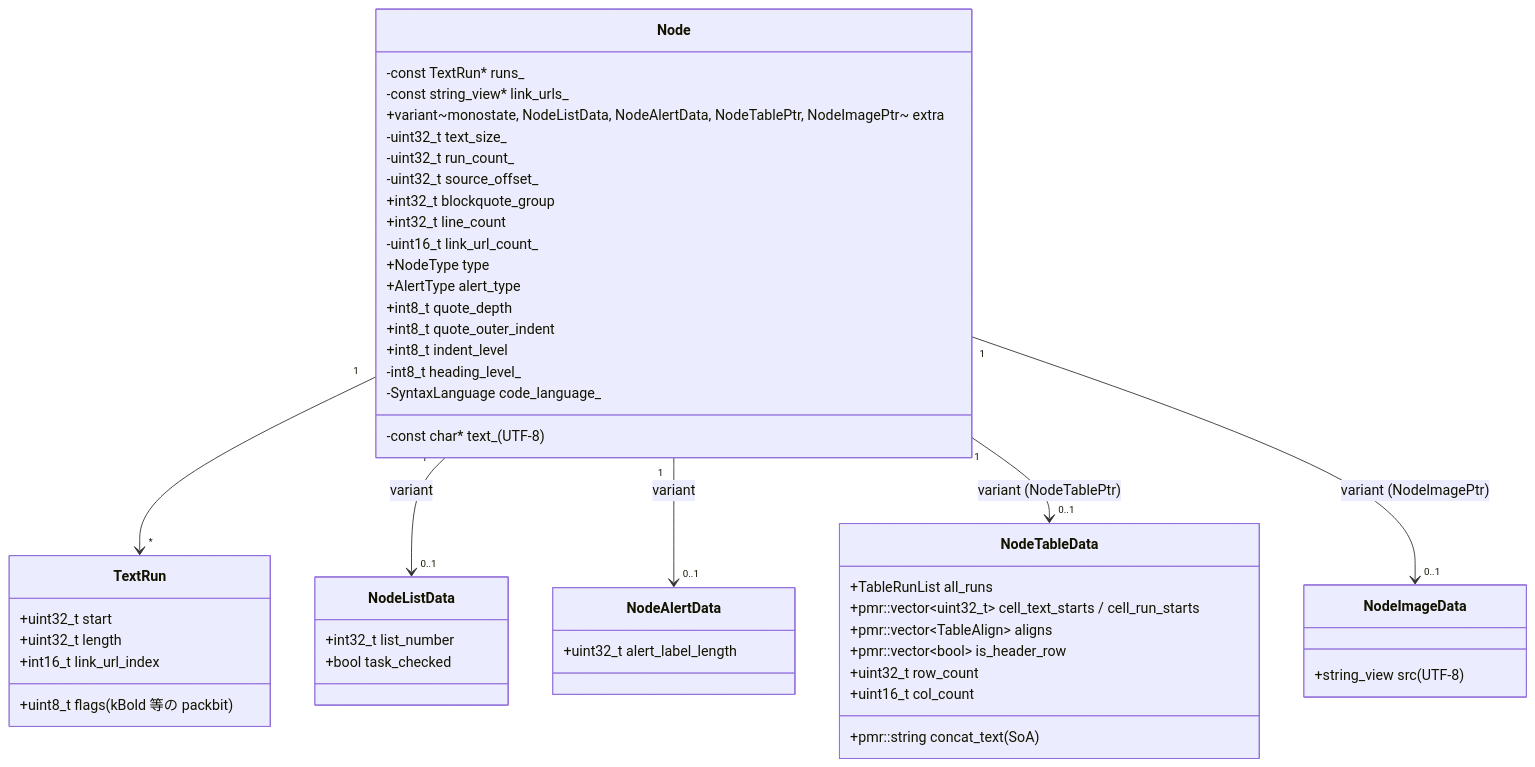
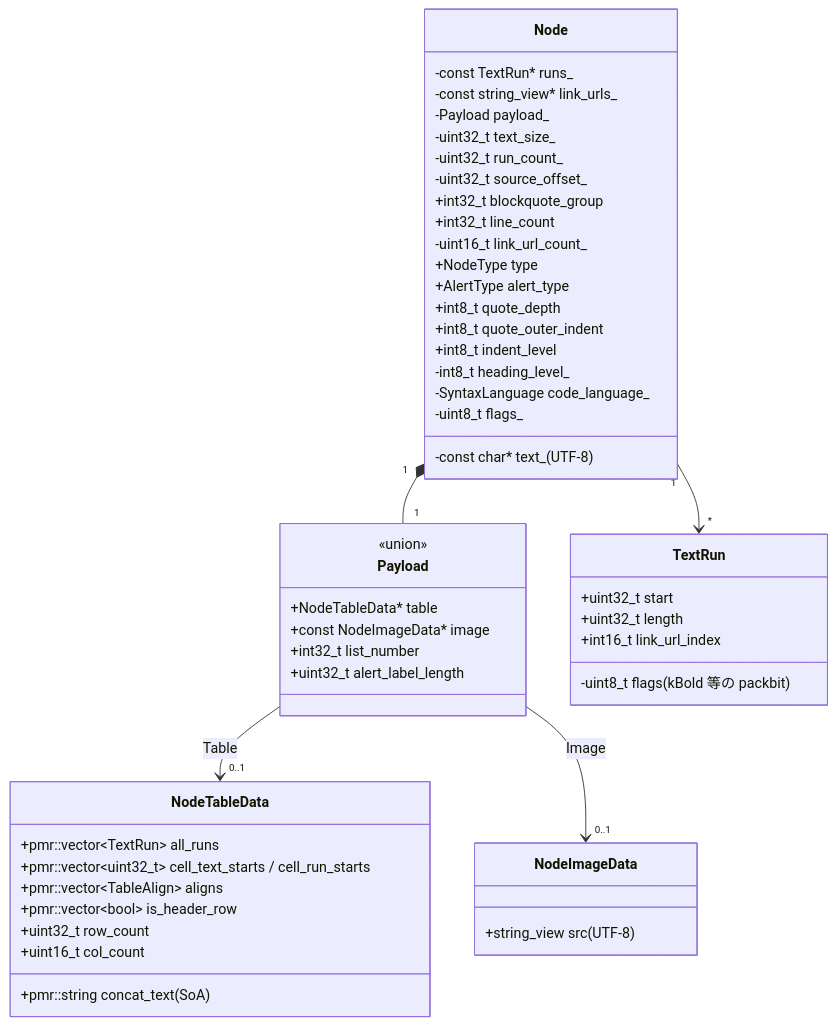
Diagram 15 of 27 in example/test.md (tanaton/mendo), drawn with Mermaid before and after one commit. The commit also changed other lines of this file and 2 other files, not shown here.

````diff
--- a/example/test.md
+++ b/example/test.md
@@ -2724,58 +2846,57 @@
 ```mermaid
 classDiagram
     class Node {
         -const char* text_ (UTF-8)
         -const TextRun* runs_
         -const string_view* link_urls_
-        +variant~monostate, NodeListData, NodeAlertData, NodeTablePtr, NodeImagePtr~ extra
+        -Payload payload_
         -uint32_t text_size_
         -uint32_t run_count_
         -uint32_t source_offset_
         +int32_t blockquote_group
         +int32_t line_count
         -uint16_t link_url_count_
         +NodeType type
         +AlertType alert_type
         +int8_t quote_depth
         +int8_t quote_outer_indent
         +int8_t indent_level
         -int8_t heading_level_
         -SyntaxLanguage code_language_
+        -uint8_t flags_
     }
 
-    class NodeListData {
+    class Payload {
+        <<union>>
+        +NodeTableData* table
+        +const NodeImageData* image
         +int32_t list_number
-        +bool task_checked
-    }
-
-    class NodeAlertData {
         +uint32_t alert_label_length
     }
 
     class NodeTableData {
         +pmr::string concat_text (SoA)
-        +TableRunList all_runs
+        +pmr::vector~TextRun~ all_runs
         +pmr::vector~uint32_t~ cell_text_starts / cell_run_starts
         +pmr::vector~TableAlign~ aligns
         +pmr::vector~bool~ is_header_row
         +uint32_t row_count
         +uint16_t col_count
     }
 
     class NodeImageData {
         +string_view src (UTF-8)
     }
 
     class TextRun {
         +uint32_t start
         +uint32_t length
-        +uint8_t flags (kBold 等の packbit)
         +int16_t link_url_index
+        -uint8_t flags (kBold 等の packbit)
     }
 
     Node "1" --> "*" TextRun
-    Node "1" --> "0..1" NodeListData : variant
-    Node "1" --> "0..1" NodeAlertData : variant
-    Node "1" --> "0..1" NodeTableData : variant (NodeTablePtr)
-    Node "1" --> "0..1" NodeImageData : variant (NodeImagePtr)
+    Node "1" *-- "1" Payload
+    Payload --> "0..1" NodeTableData : Table
+    Payload --> "0..1" NodeImageData : Image
 ```
````
